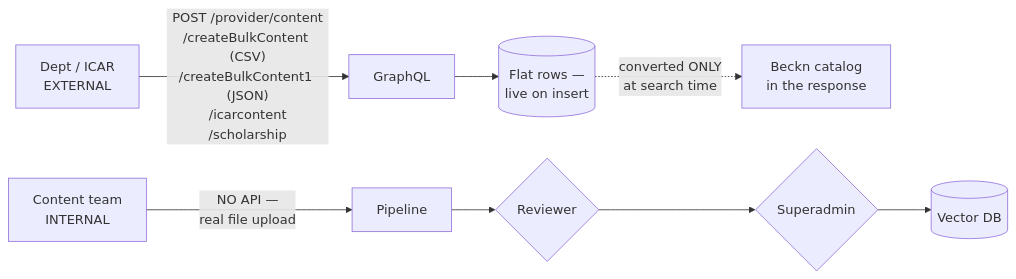
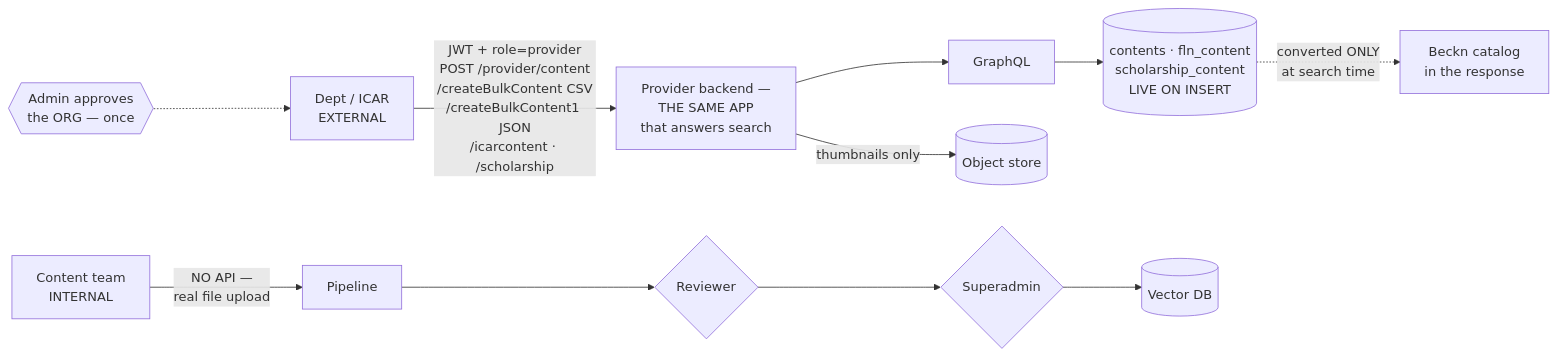
Before and after one commit to manjudr/documents: the second of 5 diagrams in ARCHITECTURE.md, drawn with Mermaid. The commit also changed other lines of this file, not shown here.

Commit message:
Complete publish and discover diagrams: auth, shared app, tables, fallthrough

````diff
--- a/ARCHITECTURE.md
+++ b/ARCHITECTURE.md
@@ -143,9 +143,12 @@
 ```mermaid
 graph LR
-  D["Dept / ICAR<br/>EXTERNAL"] -->|"POST /provider/content<br/>/createBulkContent (CSV)<br/>/createBulkContent1 (JSON)<br/>/icarcontent<br/>/scholarship"| G["GraphQL"]
-  G --> DB[("Flat rows —<br/>live on insert")]
+  ADM{{"Admin approves<br/>the ORG — once"}} -.-> D
+  D["Dept / ICAR<br/>EXTERNAL"] -->|"JWT + role=provider<br/>POST /provider/content<br/>/createBulkContent CSV<br/>/createBulkContent1 JSON<br/>/icarcontent · /scholarship"| API["Provider backend —<br/>THE SAME APP<br/>that answers search"]
+  API --> G["GraphQL"]
+  G --> DB[("contents · fln_content<br/>scholarship_content<br/>LIVE ON INSERT")]
+  API -->|"thumbnails only"| S3[("Object store")]
   DB -.->|"converted ONLY<br/>at search time"| B["Beckn catalog<br/>in the response"]
 
   T["Content team<br/>INTERNAL"] -->|"NO API —<br/>real file upload"| P["Pipeline"]
-  P --> R{"Reviewer"} --> S{"Superadmin"} --> V[("Vector DB")]
+  P --> R{"Reviewer"} --> SU{"Superadmin"} --> V[("Vector DB")]
 ```
````
